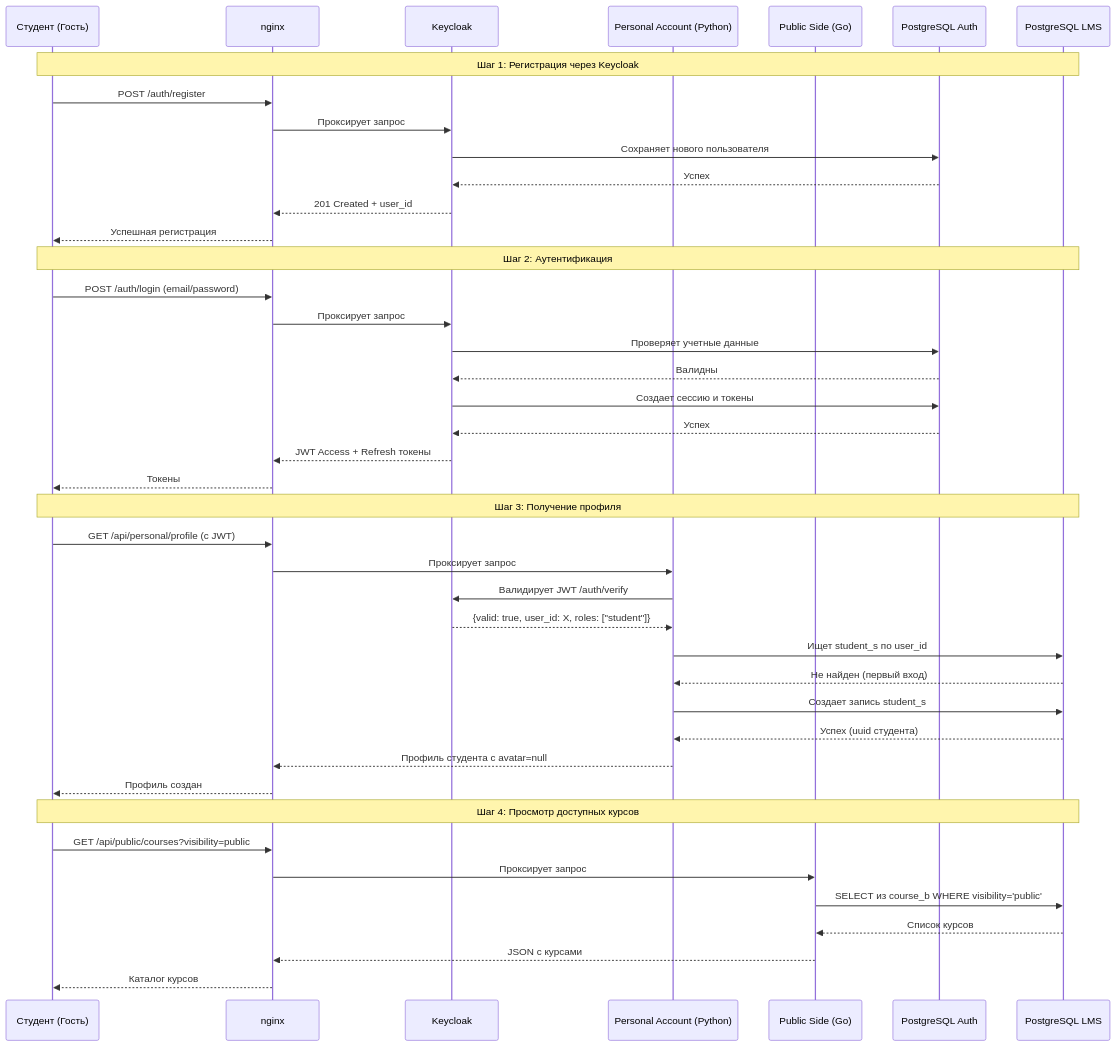
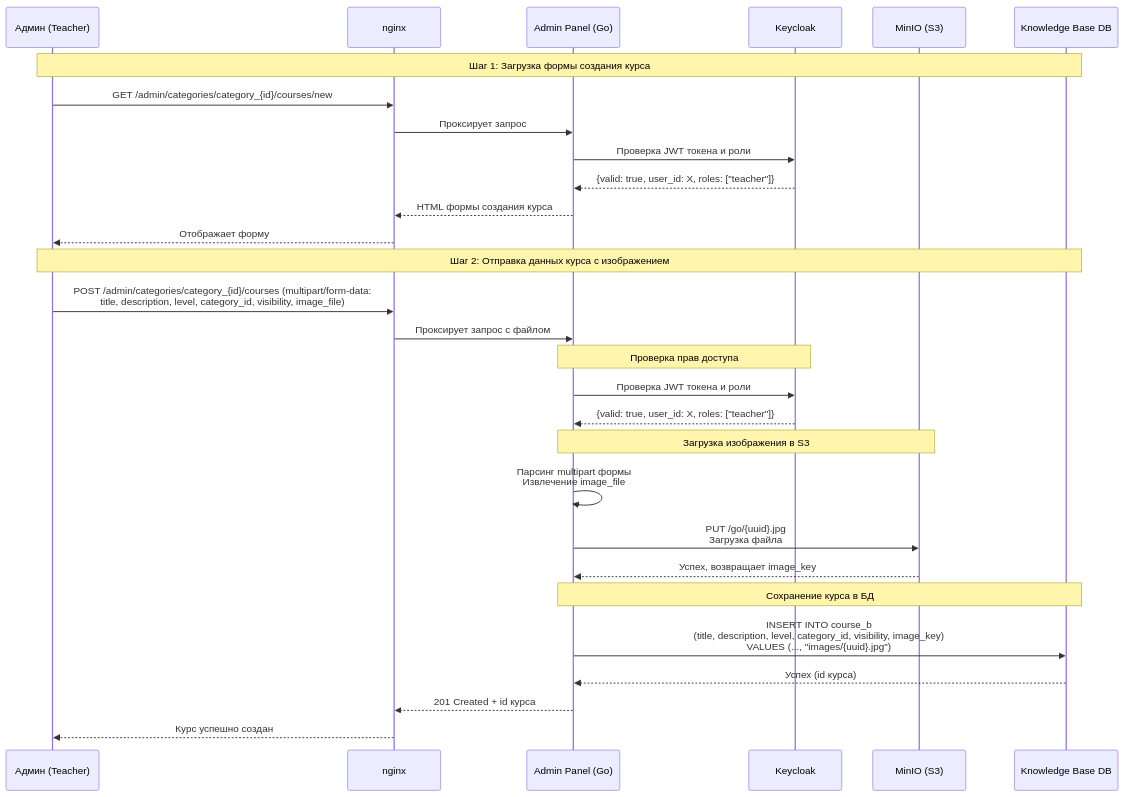
Before and after one commit to TaurineMerge/LMS_Tages: the second of 4 diagrams in docs/content/admin/diagrams/sequence.md, drawn with Mermaid. The commit also changed other lines of this file and 77 other files, not shown here.

Commit message:
Добавлены все необходимые диаграммы во все модули, обновлена цветовая гамма статичного сайта и добавлена эмблема в header

```diff
--- a/docs/content/admin/diagrams/sequence.md
+++ b/docs/content/admin/diagrams/sequence.md
@@ -9,50 +42,38 @@
 {{< mermaid >}}
 
 sequenceDiagram
-    participant С as Студент (Гость)
+    participant Admin as Админ (Teacher)
     participant N as nginx
+    participant AP as Admin Panel (Go)
     participant K as Keycloak
-    participant PA as Personal Account (Python)
-    participant PS as Public Side (Go)
-    participant DB_A as PostgreSQL Auth
-    participant DB_L as PostgreSQL LMS
+    participant M as MinIO (S3)
+    participant KB as Knowledge Base DB
     
-    Note over С,DB_L: Шаг 1: Регистрация через Keycloak
-    С->>N: POST /auth/register
-    N->>K: Проксирует запрос
-    K->>DB_A: Сохраняет нового пользователя
-    DB_A-->>K: Успех
-    K-->>N: 201 Created + user_id
-    N-->>С: Успешная регистрация
+    Note over Admin,KB: Шаг 1: Загрузка формы создания курса
+    Admin->>N: GET /admin/categories/category_{id}/courses/new
+    N->>AP: Проксирует запрос
+    AP->>K: Проверка JWT токена и роли
+    K-->>AP: {valid: true, user_id: X, roles: ["teacher"]}
+    AP-->>N: HTML формы создания курса
+    N-->>Admin: Отображает форму
     
-    Note over С,DB_L: Шаг 2: Аутентификация
-    С->>N: POST /auth/login (email/password)
-    N->>K: Проксирует запрос
-    K->>DB_A: Проверяет учетные данные
-    DB_A-->>K: Валидны
-    K->>DB_A: Создает сессию и токены
-    DB_A-->>K: Успех
-    K-->>N: JWT Access + Refresh токены
-    N-->>С: Токены
+    Note over Admin,KB: Шаг 2: Отправка данных курса с изображением
+    Admin->>N: POST /admin/categories/category_{id}/courses (multipart/form-data:<br/>title, description, level, category_id, visibility, image_file)
+    N->>AP: Проксирует запрос с файлом
     
-    Note over С,DB_L: Шаг 3: Получение профиля
-    С->>N: GET /api/personal/profile (с JWT)
-    N->>PA: Проксирует запрос
-    PA->>K: Валидирует JWT /auth/verify
-    K-->>PA: {valid: true, user_id: X, roles: ["student"]}
-    PA->>DB_L: Ищет student_s по user_id
-    DB_L-->>PA: Не найден (первый вход)
-    PA->>DB_L: Создает запись student_s
-    DB_L-->>PA: Успех (uuid студента)
-    PA-->>N: Профиль студента с avatar=null
-    N-->>С: Профиль создан
+    Note over AP,K: Проверка прав доступа
+    AP->>K: Проверка JWT токена и роли
+    K-->>AP: {valid: true, user_id: X, roles: ["teacher"]}
     
-    Note over С,DB_L: Шаг 4: Просмотр доступных курсов
-    С->>N: GET /api/public/courses?visibility=public
-    N->>PS: Проксирует запрос
-    PS->>DB_L: SELECT из course_b WHERE visibility='public'
-    DB_L-->>PS: Список курсов
-    PS-->>N: JSON с курсами
-    N-->>С: Каталог курсов
+    Note over AP,M: Загрузка изображения в S3
+    AP->>AP: Парсинг multipart формы<br/>Извлечение image_file
+    AP->>M: PUT /go/{uuid}.jpg<br/>Загрузка файла
+    M-->>AP: Успех, возвращает image_key
+    
+    Note over AP,KB: Сохранение курса в БД
+    AP->>KB: INSERT INTO course_b<br/>(title, description, level, category_id, visibility, image_key)<br/>VALUES (..., "images/{uuid}.jpg")
+    KB-->>AP: Успех (id курса)
+    AP-->>N: 201 Created + id курса
+    N-->>Admin: Курс успешно создан
 
 {{< /mermaid >}}
```
